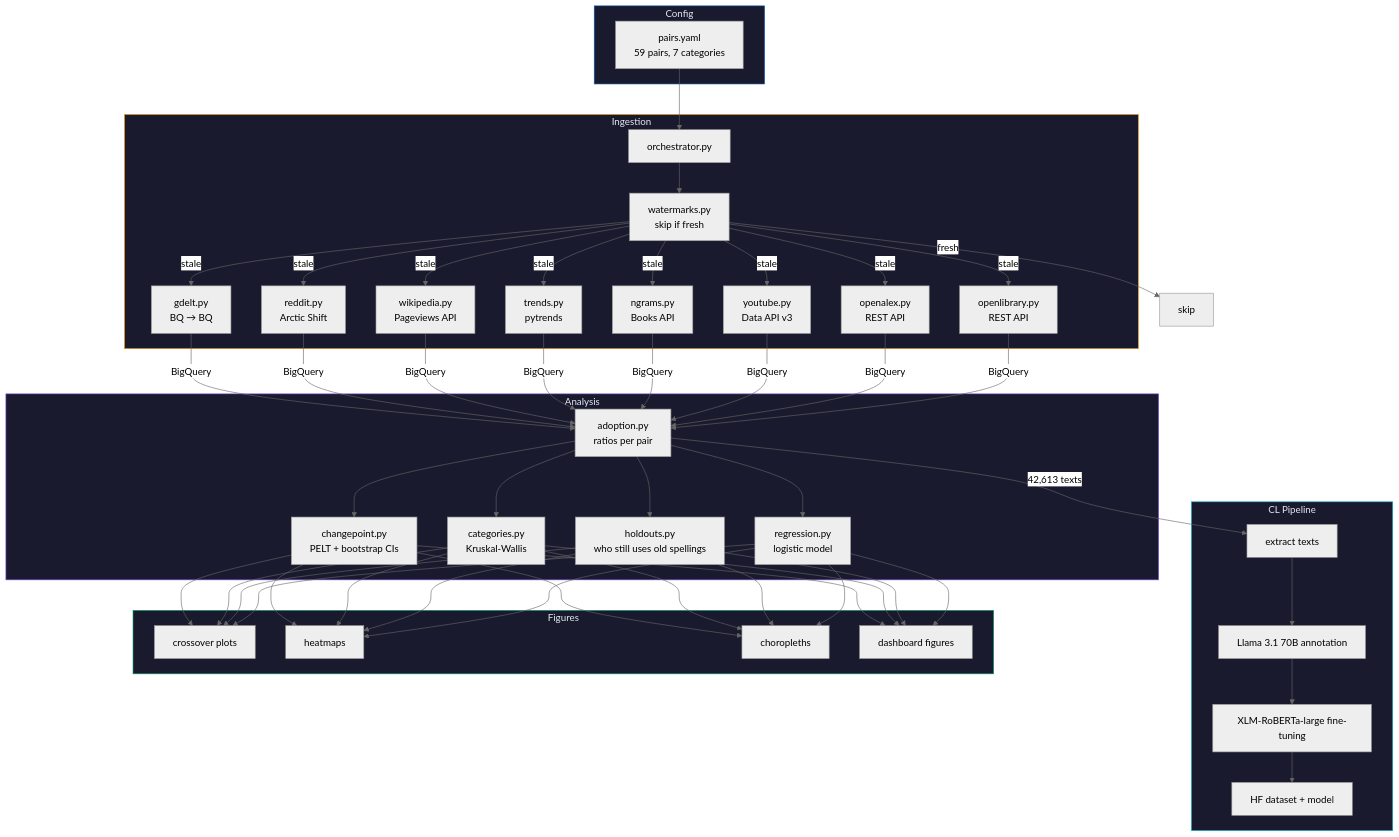
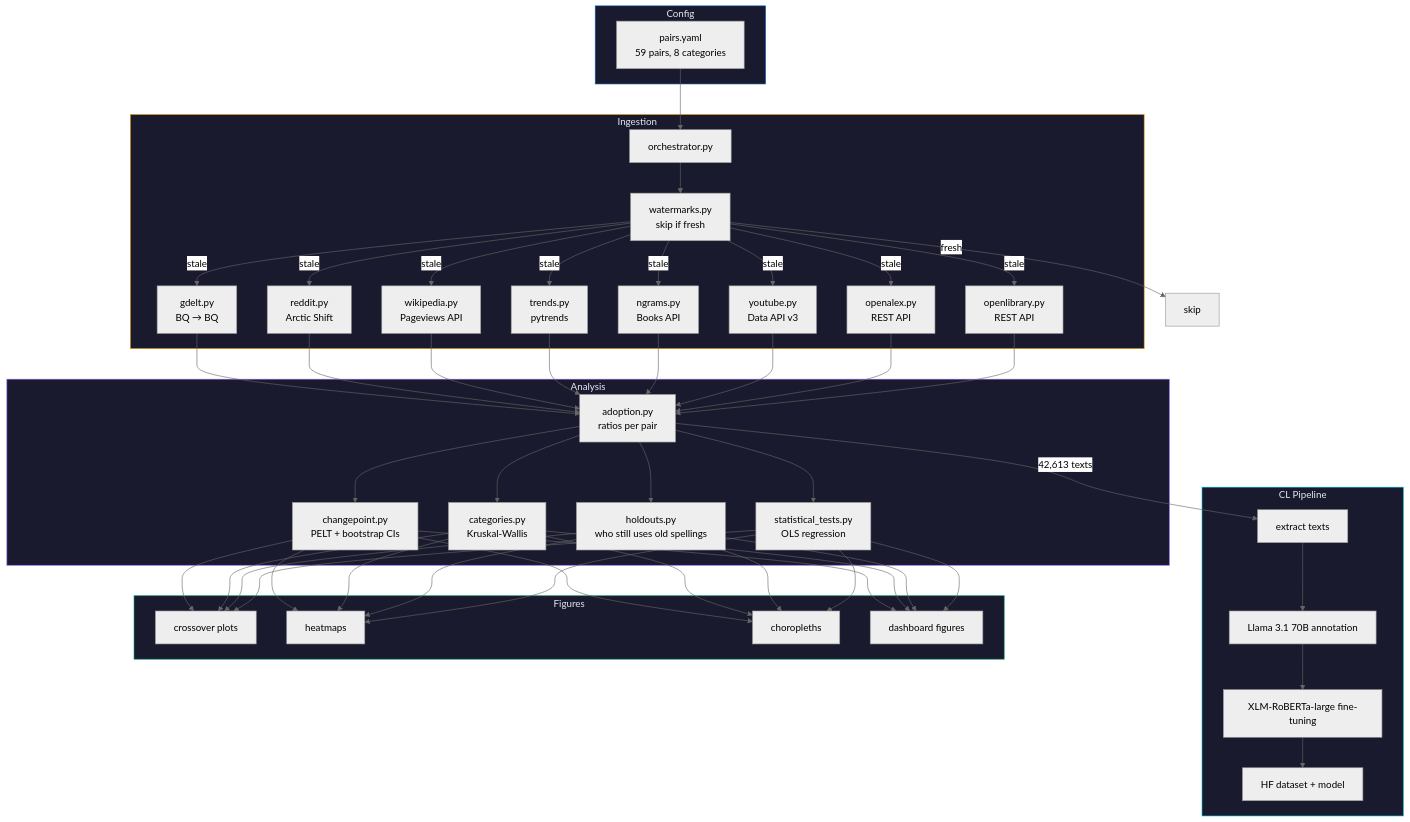
One commit to IvanDobrovolsky/kyivnotkiev changed the diagram in pipeline/README.md. Above: the diagram before and after it, drawn with Mermaid (neutral theme). The commit also changed other lines of this file and 27 other files, not shown here.

````diff
--- a/pipeline/README.md
+++ b/pipeline/README.md
@@ -7,55 +7,55 @@
 ```mermaid
 flowchart TD
     subgraph Config
         style Config fill:#1a1a2e,stroke:#0057B8,color:#e2e8f0
-        pairs["pairs.yaml<br/>59 pairs, 7 categories"]
+        pairs["pairs.yaml<br/>59 pairs, 8 categories"]
     end
 
     subgraph Ingestion
         style Ingestion fill:#1a1a2e,stroke:#f59e0b,color:#e2e8f0
         orch["orchestrator.py"]
         wm["watermarks.py<br/>skip if fresh"]
         gdelt["gdelt.py<br/>BQ → BQ"]
         reddit["reddit.py<br/>Arctic Shift"]
         wiki["wikipedia.py<br/>Pageviews API"]
         trends["trends.py<br/>pytrends"]
         ngrams["ngrams.py<br/>Books API"]
         yt["youtube.py<br/>Data API v3"]
         oa["openalex.py<br/>REST API"]
         ol["openlibrary.py<br/>REST API"]
     end
 
     subgraph Analysis
         style Analysis fill:#1a1a2e,stroke:#8b5cf6,color:#e2e8f0
         adopt["adoption.py<br/>ratios per pair"]
         cp["changepoint.py<br/>PELT + bootstrap CIs"]
         cat["categories.py<br/>Kruskal-Wallis"]
         hold["holdouts.py<br/>who still uses old spellings"]
-        reg["regression.py<br/>logistic model"]
+        reg["statistical_tests.py<br/>OLS regression"]
     end
 
     subgraph CL["CL Pipeline"]
         style CL fill:#1a1a2e,stroke:#06b6d4,color:#e2e8f0
         extract["extract texts"]
         annotate["Llama 3.1 70B annotation"]
         finetune["XLM-RoBERTa-large fine-tuning"]
         export["HF dataset + model"]
     end
 
     subgraph Figures
         style Figures fill:#1a1a2e,stroke:#059669,color:#e2e8f0
         cross["crossover plots"]
         heat["heatmaps"]
         choro["choropleths"]
         modern["dashboard figures"]
     end
 
     pairs --> orch
     orch --> wm
     wm -->|stale| gdelt & reddit & wiki & trends & ngrams & yt & oa & ol
     wm -->|fresh| skip["skip"]
-    gdelt & reddit & wiki & trends & ngrams & yt & oa & ol -->|BigQuery| adopt
+    gdelt & reddit & wiki & trends & ngrams & yt & oa & ol --> adopt
     adopt --> cp & cat & hold & reg
     adopt -->|42,613 texts| extract --> annotate --> finetune --> export
     cp & cat & hold & reg --> cross & heat & choro & modern
 ```
````
